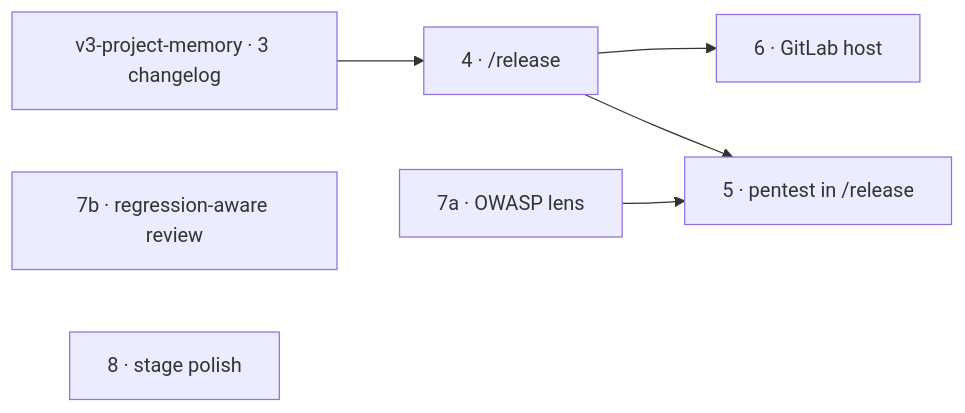
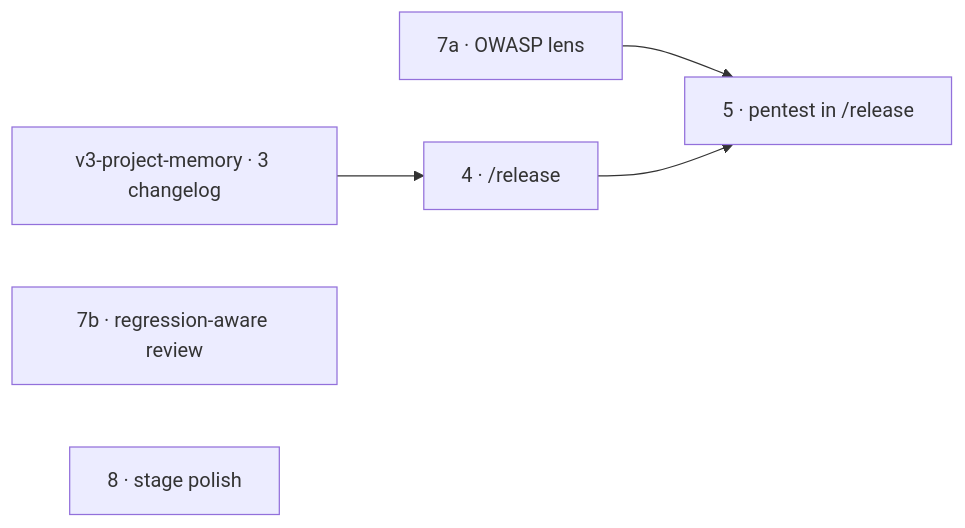
One commit to dzaffren/claude-plugin changed the second of 2 diagrams in docs/specs/v3-release-and-hosts/shape.md. Above: the diagram before and after it, drawn with Mermaid. The commit also changed other lines of this file and 1 other file, not shown here.

First line of the commit message:
docs(spec): spec the OWASP lens and drop GitLab from v3

````diff
--- a/docs/specs/v3-release-and-hosts/shape.md
+++ b/docs/specs/v3-release-and-hosts/shape.md
@@ -27,9 +27,8 @@
 ```mermaid
 flowchart LR
     P1["v3-project-memory · 3 changelog"] --> S4["4 · /release"]
-    S4 --> S6["6 · GitLab host"]
     S7a["7a · OWASP lens"] --> S5["5 · pentest in /release"]
     S4 --> S5
     S7b["7b · regression-aware review"]
     S8["8 · stage polish"]
 ```
````
